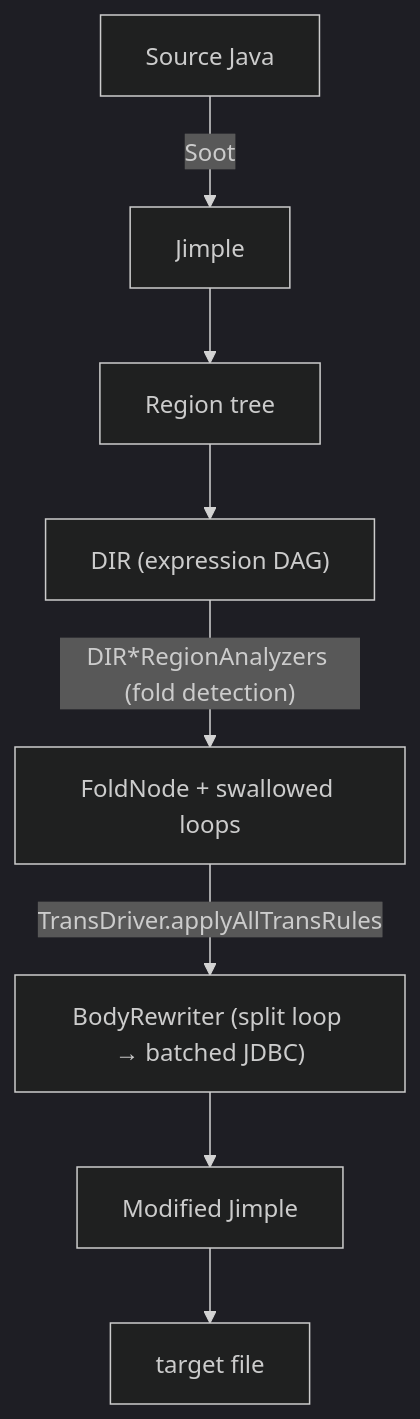
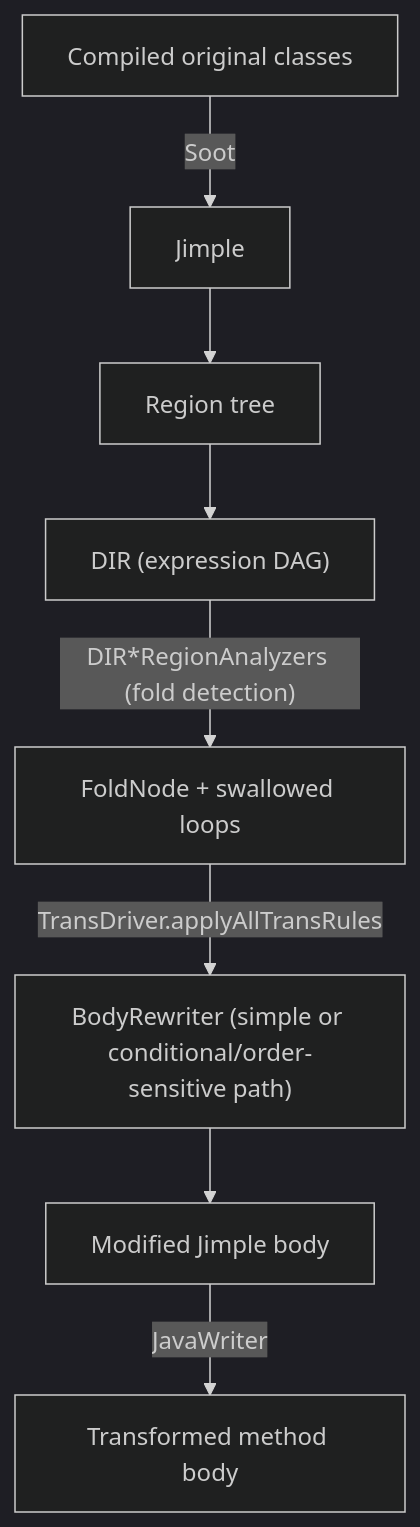
One commit to dannykhant/dbridge changed the diagram in README.md. Above: the diagram before and after it, drawn with Mermaid (dark theme). The commit also changed other lines of this file, not shown here.

````diff
--- a/README.md
+++ b/README.md
@@ -60,10 +60,10 @@
 ```mermaid
 flowchart TD
-    A[Source Java] -->|Soot| B[Jimple]
+    A[Compiled original classes] -->|Soot| B[Jimple]
     B --> C[Region tree]
     C --> D["DIR (expression DAG)"]
     D -->|"DIR*RegionAnalyzers (fold detection)"| E["FoldNode + swallowed loops"]
-    E -->|"TransDriver.applyAllTransRules"| F["BodyRewriter (split loop → batched JDBC)"]
-    F --> G[Modified Jimple]
-    G --> H[target file]
+    E -->|"TransDriver.applyAllTransRules"| F["BodyRewriter (simple or conditional/order-sensitive path)"]
+    F --> G[Modified Jimple body]
+    G -->|JavaWriter| H[Transformed method body]
 ```
````
